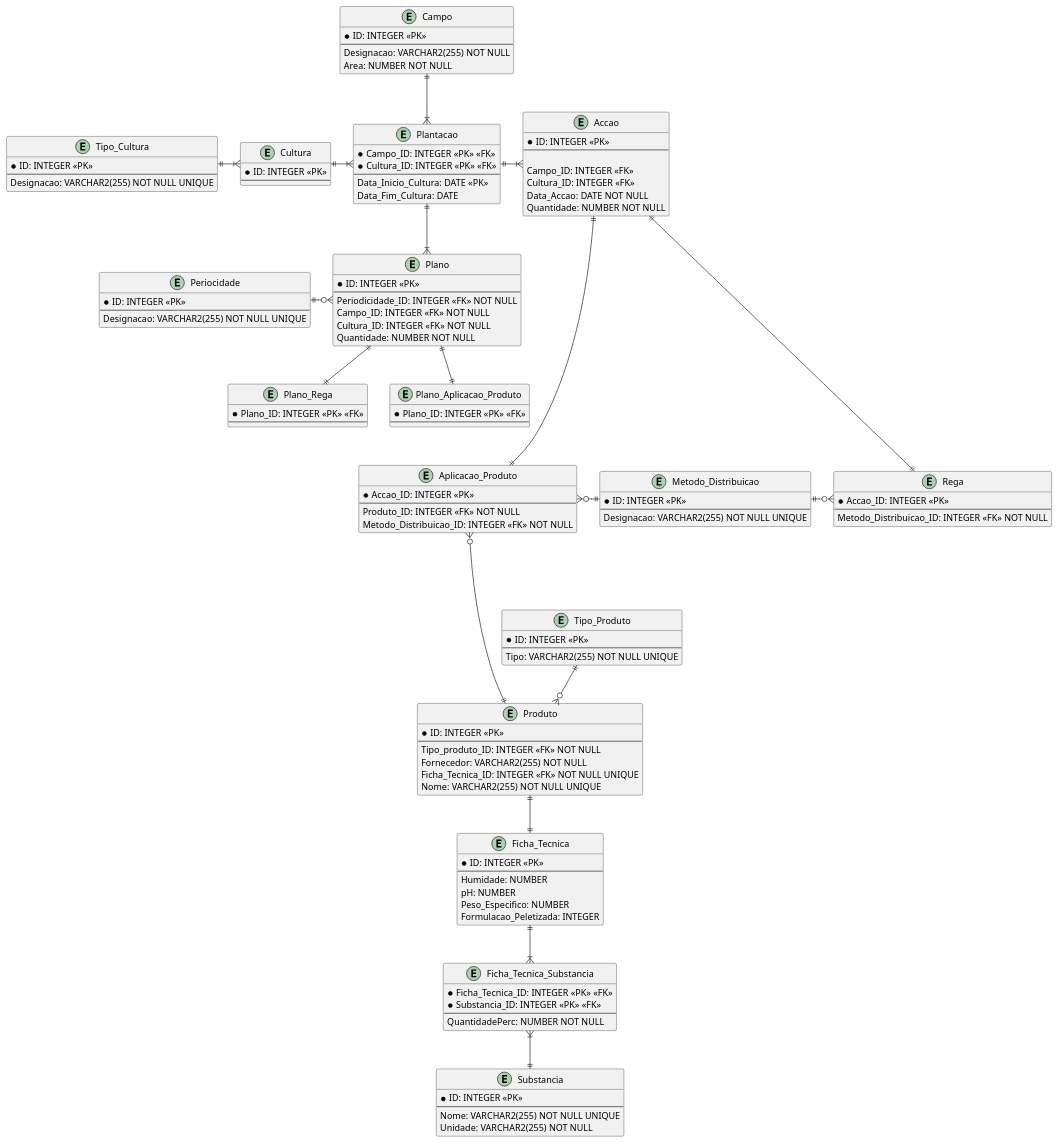
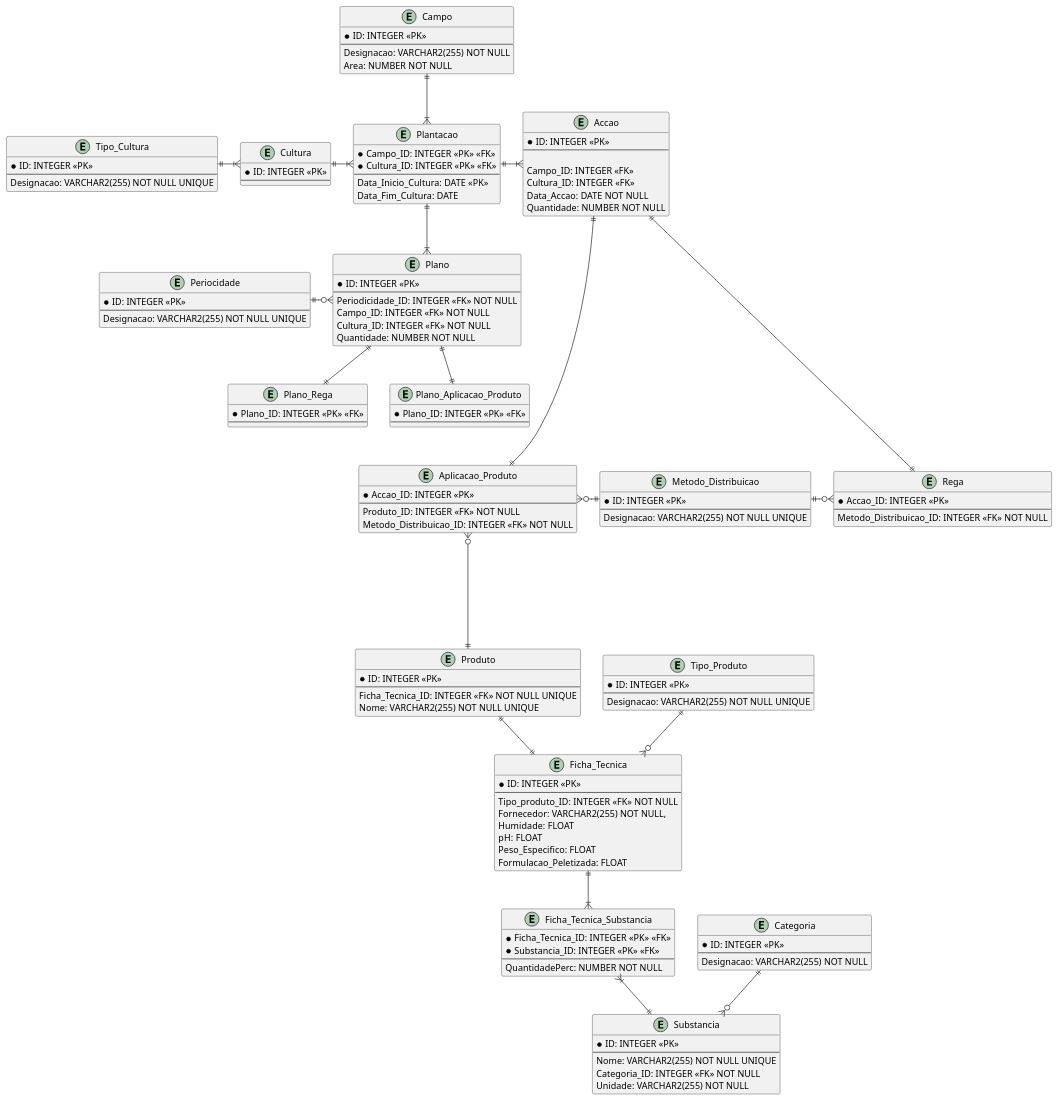
The diagram in BDDAD/Quinta-Manutenção.puml (Mendoncaa/LAPR3), drawn with PlantUML before and after one commit. The commit also changed 2 other files, not shown here.

```diff
--- a/BDDAD/Quinta-Manutenção.puml
+++ b/BDDAD/Quinta-Manutenção.puml
@@ -1,161 +1,169 @@
 @startuml Quinta-Manutenção
 
 /'TODO #1:- Verificar se a Designação de um Campo é única e se estas 
 devem seguir um conjunto de regras;'/
 /'TODO #2:- Determinar o valor minímo de uma qualquer Área;'/
 /'Constraints:- [[Area, CHECK(Area > Mínimo)]]'/
 entity Campo {
     * ID: INTEGER <<PK>>
     --
     Designacao: VARCHAR2(255) NOT NULL
     Area: NUMBER NOT NULL
 }
 
 /'Triggers:-
     #1: Verificar que uma Cultura não é simultaneamente uma Cultura_Temporaria
     e Cultura_Permanente;'/
 entity Cultura {
     * ID: INTEGER <<PK>>
     --
 }
 
 /'Constraints:- [[Campo_ID, Data_Inicio_Cultura, UNIQUE(Campo_ID, Data_Inicio_Cultura)], 
 [Data_Fim_Cultura, CHECK(Data_Fim_Cultura < Data_Inicio_Cultura)]]'/
 entity Plantacao {
     * Campo_ID: INTEGER <<PK>> <<FK>>
     * Cultura_ID: INTEGER <<PK>> <<FK>>
     --
     Data_Inicio_Cultura: DATE <<PK>>
     Data_Fim_Cultura: DATE
 }
 
 /'Constraints:- [[Quantidade, CHECK(Quantidade > 0)]]'/
 entity Accao {
     * ID: INTEGER <<PK>>
     --
 
     Campo_ID: INTEGER <<FK>>
     Cultura_ID: INTEGER <<FK>>
     Data_Accao: DATE NOT NULL
     Quantidade: NUMBER NOT NULL
 }
 
 entity Metodo_Distribuicao {
     * ID: INTEGER <<PK>>
     --
     Designacao: VARCHAR2(255) NOT NULL UNIQUE
 }
 
 entity Rega {
     * Accao_ID: INTEGER <<PK>>
     --
     Metodo_Distribuicao_ID: INTEGER <<FK>> NOT NULL
 }
 
+entity Categoria{
+     * ID: INTEGER <<PK>>
+    --
+    Designacao: VARCHAR2(255) NOT NULL
+}
+
 entity Aplicacao_Produto {
     * Accao_ID: INTEGER <<PK>>
     --
     Produto_ID: INTEGER <<FK>> NOT NULL
     Metodo_Distribuicao_ID: INTEGER <<FK>> NOT NULL
 }
 
 entity Produto {
     * ID: INTEGER <<PK>>
     --
-    Tipo_produto_ID: INTEGER <<FK>> NOT NULL
-    Fornecedor: VARCHAR2(255) NOT NULL
     Ficha_Tecnica_ID: INTEGER <<FK>> NOT NULL UNIQUE
     Nome: VARCHAR2(255) NOT NULL UNIQUE
 }
 
 
 entity Tipo_Produto {
     * ID: INTEGER <<PK>>
     --
-    Tipo: VARCHAR2(255) NOT NULL UNIQUE
+    Designacao: VARCHAR2(255) NOT NULL UNIQUE
 }
 
 entity Ficha_Tecnica {
     * ID: INTEGER <<PK>>
     --
-    Humidade: NUMBER
-    pH: NUMBER
-    Peso_Especifico: NUMBER
-    Formulacao_Peletizada: INTEGER
+    Tipo_produto_ID: INTEGER <<FK>> NOT NULL
+    Fornecedor: VARCHAR2(255) NOT NULL,
+    Humidade: FLOAT
+    pH: FLOAT
+    Peso_Especifico: FLOAT
+    Formulacao_Peletizada: FLOAT
 }
 
 entity Ficha_Tecnica_Substancia {
     * Ficha_Tecnica_ID: INTEGER <<PK>> <<FK>>
     * Substancia_ID: INTEGER <<PK>> <<FK>>
     --
     QuantidadePerc: NUMBER NOT NULL
 }
 
 entity Substancia {
     * ID: INTEGER <<PK>>
     --
     Nome: VARCHAR2(255) NOT NULL UNIQUE
+    Categoria_ID: INTEGER <<FK>> NOT NULL
     Unidade: VARCHAR2(255) NOT NULL
 }
 
 entity Tipo_Cultura {
     * ID: INTEGER <<PK>>
     --
     Designacao: VARCHAR2(255) NOT NULL UNIQUE
 }
 
 entity Plano {
     * ID: INTEGER <<PK>>
     --
     Periodicidade_ID: INTEGER <<FK>> NOT NULL
     Campo_ID: INTEGER <<FK>> NOT NULL
     Cultura_ID: INTEGER <<FK>> NOT NULL
     Quantidade: NUMBER NOT NULL
 }
 
 entity Periocidade {
     * ID: INTEGER <<PK>>
     --
     Designacao: VARCHAR2(255) NOT NULL UNIQUE
 }
 
 entity Plano_Rega {
     * Plano_ID: INTEGER <<PK>> <<FK>>
     --
 }
 
 entity Plano_Aplicacao_Produto {
     * Plano_ID: INTEGER <<PK>> <<FK>>
     --
 }
 
 Campo ||-d-|{ Plantacao
 
 Cultura ||-r-|{ Plantacao
 Cultura }|-l-|| Tipo_Cultura 
 
 Plantacao ||-r-|{ Accao
 Plantacao ||-d-|{ Plano
 
 Accao ||--d--|| Rega
 Accao ||--d--|| Aplicacao_Produto
 
 Metodo_Distribuicao ||-r-o{ Rega
 Metodo_Distribuicao ||-l-o{ Aplicacao_Produto
 
-Tipo_Produto ||-d-o{ Produto
+Tipo_Produto ||-d-o{ Ficha_Tecnica
+Categoria ||-d-o{ Substancia
 
 Produto ||-d-|| Ficha_Tecnica
 Produto ||--u--o{ Aplicacao_Produto
 
 Ficha_Tecnica ||-d-|{ Ficha_Tecnica_Substancia
 
 Substancia ||-u-|{ Ficha_Tecnica_Substancia
 
 Periocidade ||-r-o{ Plano
 
 Plano_Rega ||-u-|| Plano
 
 Plano_Aplicacao_Produto ||-u-|| Plano
 
 @enduml
```
